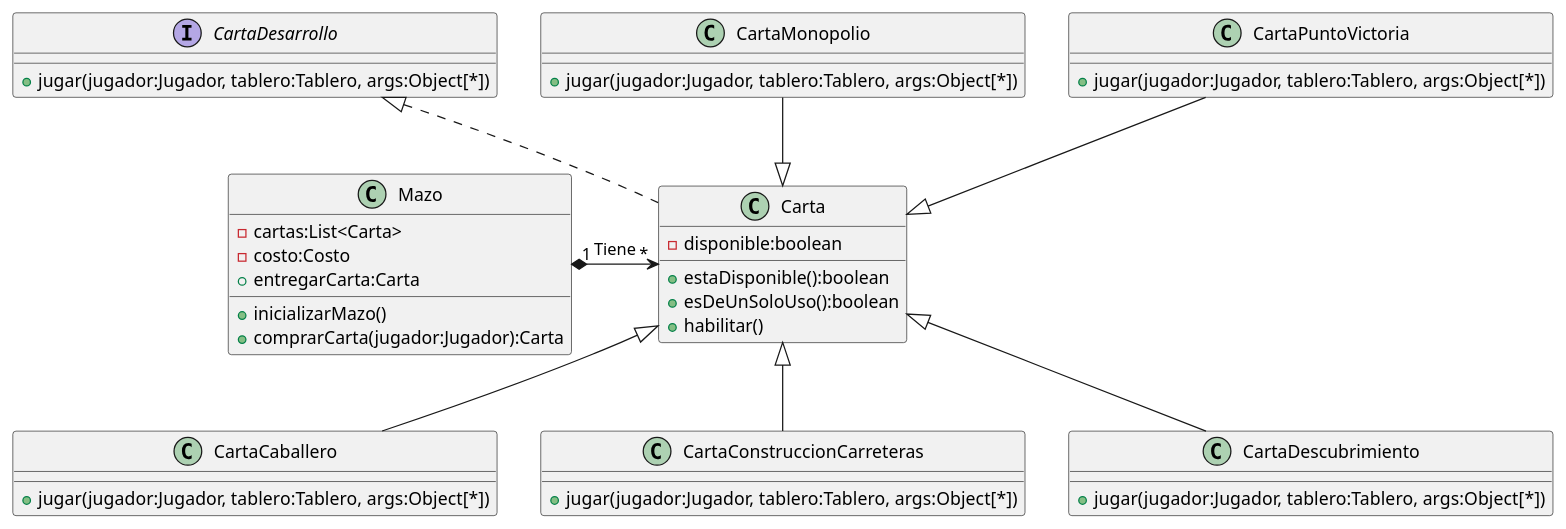
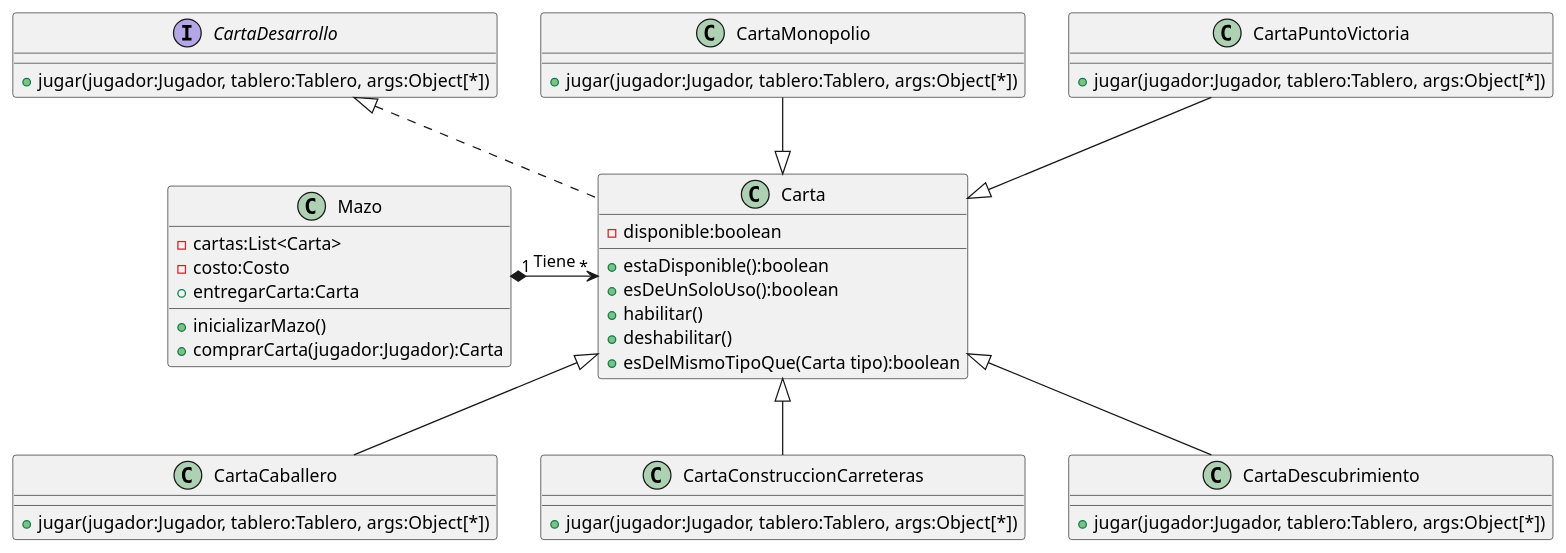
The diagram in diagrams/classes/dc-carta-cartadesarrollo.puml (alejandrodelcs/tp2-algo3), drawn with PlantUML before and after one commit. The commit also changed 4 other files, not shown here.

```diff
--- a/diagrams/classes/dc-carta-cartadesarrollo.puml
+++ b/diagrams/classes/dc-carta-cartadesarrollo.puml
@@ -1,63 +1,65 @@
 @startuml
 
 
 
 class Carta implements CartaDesarrollo {
    -disponible:boolean
    +estaDisponible():boolean
    +esDeUnSoloUso():boolean
    +habilitar()
+   +deshabilitar()
+   +esDelMismoTipoQue(Carta tipo):boolean
 }
 
 
 class CartaCaballero{
     +jugar(jugador:Jugador, tablero:Tablero, args:Object[*])
 }
 
 class CartaConstruccionCarreteras{
     +jugar(jugador:Jugador, tablero:Tablero, args:Object[*])
 }
 
 
 
 
 interface CartaDesarrollo{
     +jugar(jugador:Jugador, tablero:Tablero, args:Object[*])
 }
 
 
 class CartaDescubrimiento{
    +jugar(jugador:Jugador, tablero:Tablero, args:Object[*])
 }
 
 
 
 class CartaMonopolio {
    +jugar(jugador:Jugador, tablero:Tablero, args:Object[*])
 }
 
 Class CartaPuntoVictoria {
    +jugar(jugador:Jugador, tablero:Tablero, args:Object[*])
 }
 
 
 Class Mazo {
     -cartas:List<Carta>
     -costo:Costo
     +inicializarMazo()
     +entregarCarta:Carta
     +comprarCarta(jugador:Jugador):Carta
 
 }
 
 
 Carta <|-- CartaCaballero
 Carta <|-- CartaConstruccionCarreteras
 Carta <|-- CartaDescubrimiento
 CartaMonopolio --|> Carta
 CartaPuntoVictoria --|> Carta
 
 Mazo "1" *-> "*" Carta : Tiene
 
 
 @enduml
```
